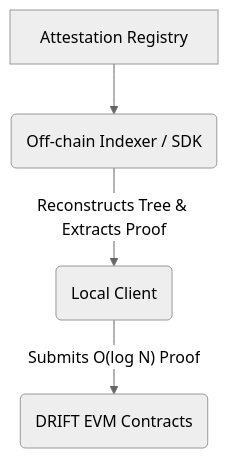
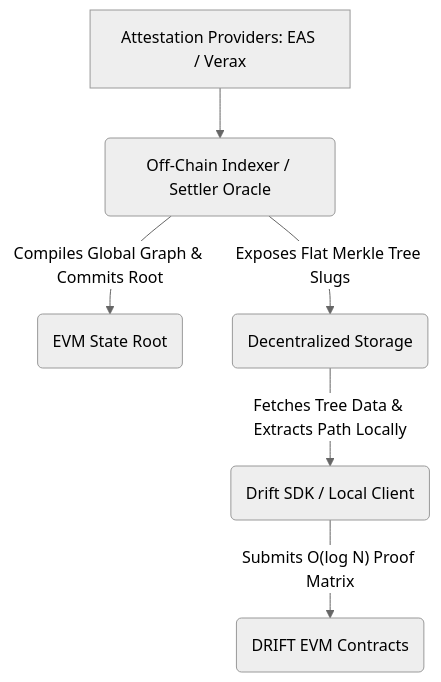
Before and after one commit to Dageus/DRIFT: the diagram in packages/sdk/README.md, drawn with Mermaid (neutral theme). The commit also changed other lines of this file, not shown here.

Commit message:
new SDK README

````diff
--- a/packages/sdk/README.md
+++ b/packages/sdk/README.md
@@ -14,7 +11,8 @@
 ```mermaid
 graph TD
-    A[Attestation Registry] --> B(Off-chain Indexer / SDK)
-    B -- Reconstructs Tree & Extracts Proof --> C(Local Client)
-    C -- Submits O(log N) Proof --> D(DRIFT EVM Contracts)
-
+    A[Attestation Providers: EAS / Verax] --> B(Off-Chain Indexer / Settler Oracle)
+    B -- Compiles Global Graph & Commits Root --> C(EVM State Root)
+    B -- Exposes Flat Merkle Tree Slugs --> D(Decentralized Storage)
+    D -- Fetches Tree Data & Extracts Path Locally --> E(Drift SDK / Local Client)
+    E -- Submits O(log N) Proof Matrix --> F(DRIFT EVM Contracts)
 ```
````
